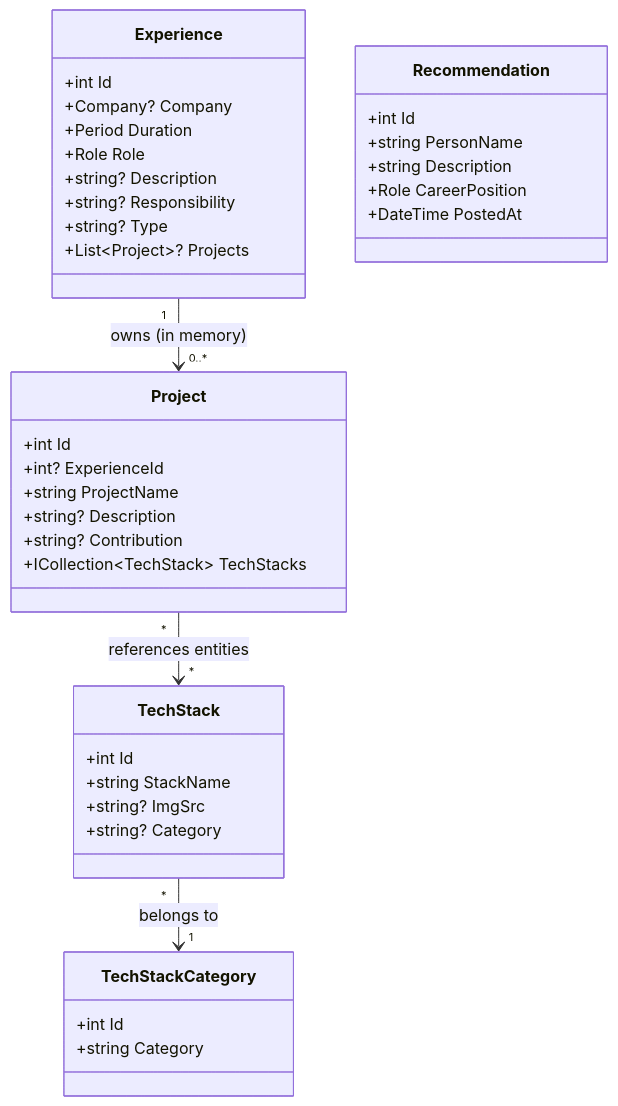
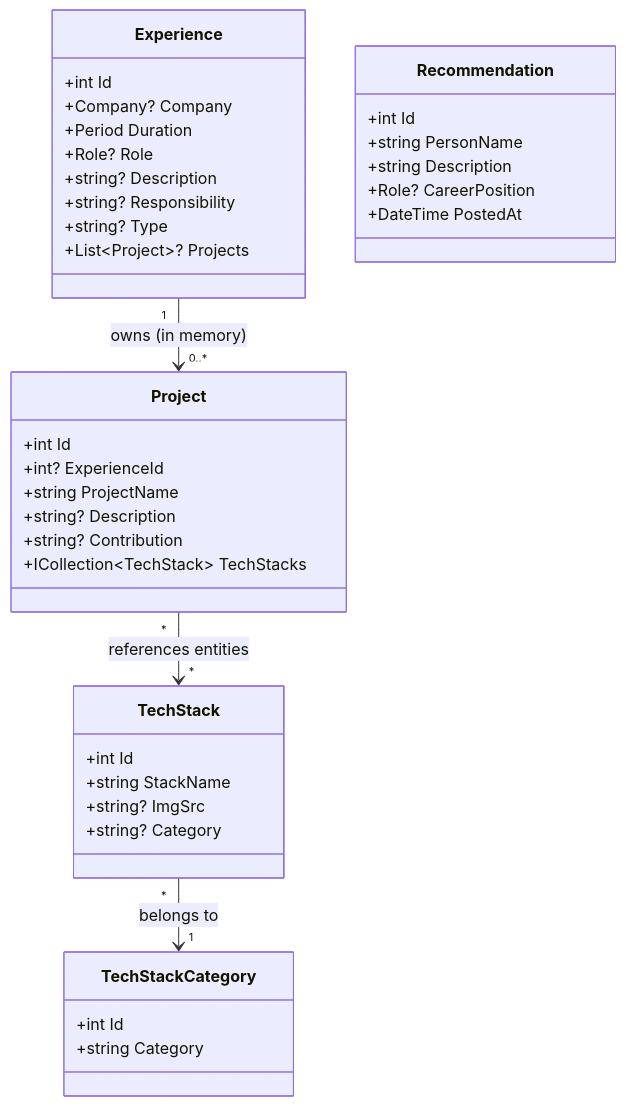
Before and after one commit to jobearry/jg-core-backend: the diagram in .github/docs/domain-model.md, drawn with Mermaid. The commit also changed other lines of this file and 78 other files, not shown here.

````diff
--- a/.github/docs/domain-model.md
+++ b/.github/docs/domain-model.md
@@ -33,42 +33,42 @@
 ```mermaid
 classDiagram
     class Experience {
         +int Id
         +Company? Company
         +Period Duration
-        +Role Role
+        +Role? Role
         +string? Description
         +string? Responsibility
         +string? Type
         +List~Project~? Projects
     }
     class Project {
         +int Id
         +int? ExperienceId
         +string ProjectName
         +string? Description
         +string? Contribution
         +ICollection~TechStack~ TechStacks
     }
     class TechStack {
         +int Id
         +string StackName
         +string? ImgSrc
         +string? Category
     }
     class TechStackCategory {
         +int Id
         +string Category
     }
     class Recommendation {
         +int Id
         +string PersonName
         +string Description
-        +Role CareerPosition
+        +Role? CareerPosition
         +DateTime PostedAt
     }
 
     Experience "1" --> "0..*" Project : owns (in memory)
     Project "*" --> "*" TechStack : references entities
     TechStack "*" --> "1" TechStackCategory : belongs to
 ```
````
